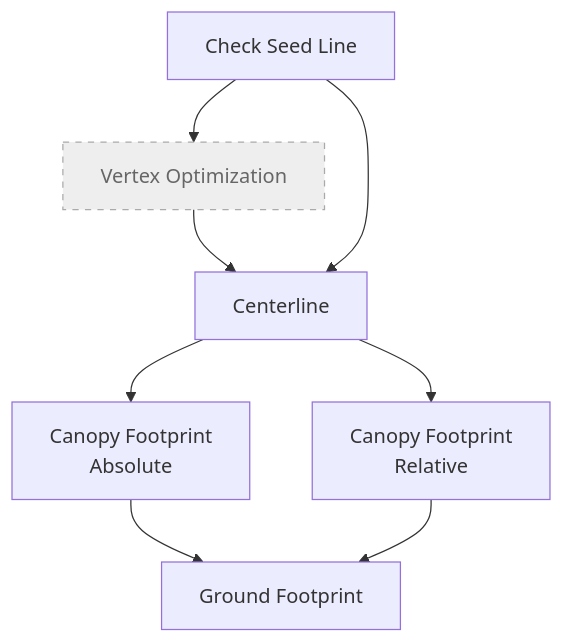
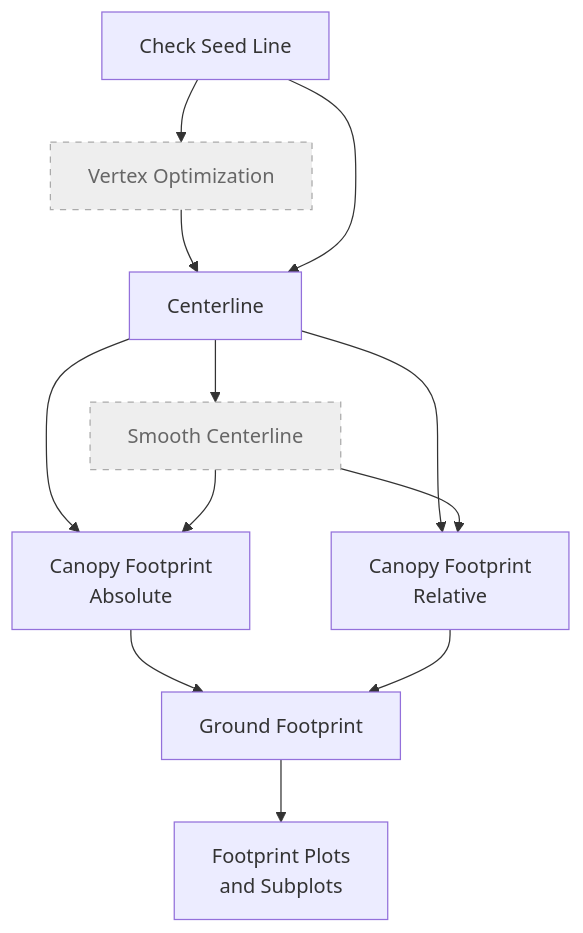
The first of 2 diagrams in docs/files/user_guide.md (BERATool/beratools_full), drawn with Mermaid before and after one commit. The commit also changed 16 other files, not shown here.

First line of the commit message:
Add Smooth Centerline and Footprint Plots tools ported from SegLine

````diff
--- a/docs/files/user_guide.md
+++ b/docs/files/user_guide.md
@@ -36,18 +36,25 @@
 ```mermaid
 graph TD
     A["Check Seed Line"] --> B["Vertex Optimization"]
     B --> C["Centerline"]
     A --> C["Centerline"]
     C --> D1["Canopy Footprint<br/>Absolute"]
     C --> D2["Canopy Footprint<br/>Relative"]
+    C --> S["Smooth Centerline"]
+    S --> D1
+    S --> D2
     D1 --> E["Ground Footprint"]
     D2 --> E["Ground Footprint"]
-    %% Style optional step (Vertex Optimization)
+    E --> F["Footprint Plots<br/>and Subplots"]
+    %% Style optional steps (Vertex Optimization, Smooth Centerline)
     style B fill:#eee,stroke:#aaa,color:#666,stroke-width:1px,stroke-dasharray:5 5;
+    style S fill:#eee,stroke:#aaa,color:#666,stroke-width:1px,stroke-dasharray:5 5;
     click A "../user/check_seed_line" "Check Seed Line"
     click B "../user/vertex_optimization" "Vertex Optimization"
     click C "../user/centerline" "Centerline"
     click D1 "../user/canopy_footprint_abs" "Canopy Footprint Absolute"
     click D2 "../user/line_footprint_rel" "Canopy Footprint Relative"
     click E "../user/ground_footprint" "Ground Footprint"
+    click S "../user/smooth_centerline" "Smooth Centerline"
+    click F "../user/footprint_plots" "Footprint Plots and Subplots"
 ```
````
